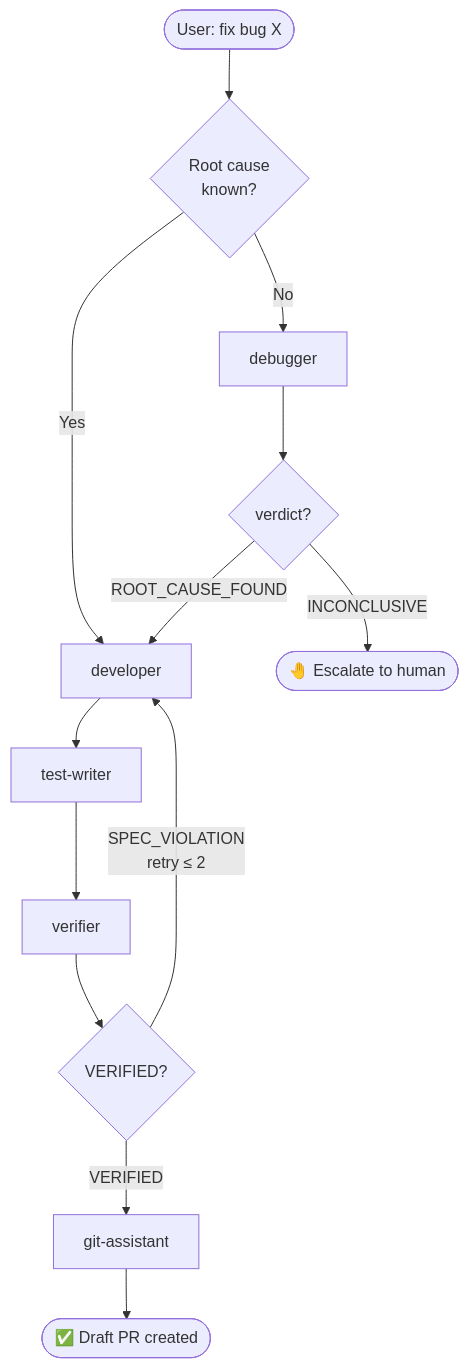
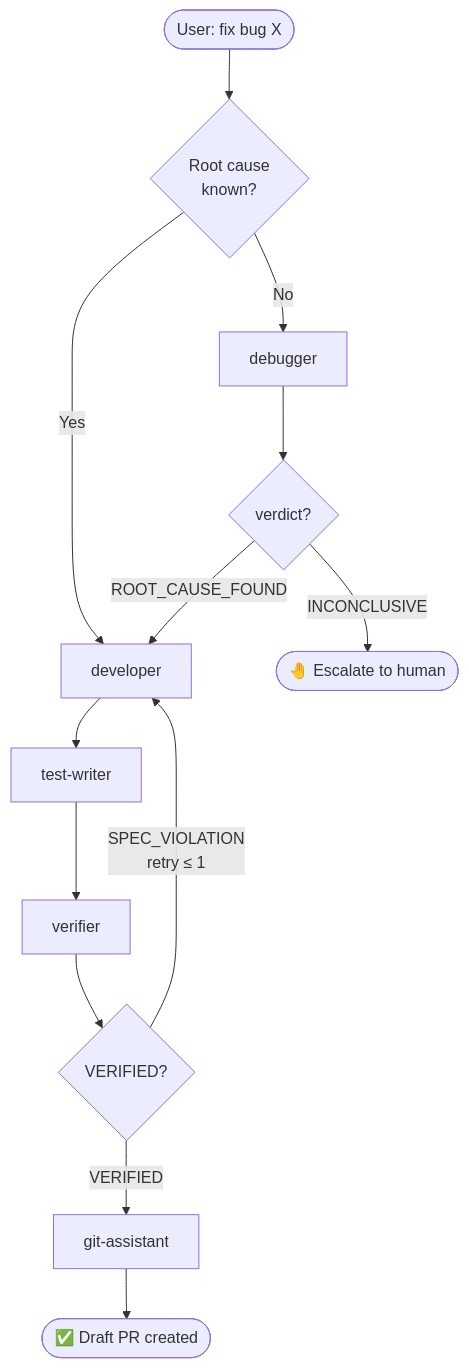
One commit to RyoKusnadi/rig-bench changed the second of 6 diagrams in agents/README.md. Above: the diagram before and after it, drawn with Mermaid. The commit also changed other lines of this file and 32 other files, not shown here.

````diff
--- a/agents/README.md
+++ b/agents/README.md
@@ -127,20 +132,20 @@
 ```mermaid
 flowchart TD
     Start([User: fix bug X]) --> DBG{Root cause\nknown?}
 
     DBG -- No --> Debugger[debugger]
     DBG -- Yes --> DEV[developer]
 
     Debugger --> DBG_gate{verdict?}
     DBG_gate -- INCONCLUSIVE --> Human1([🤚 Escalate to human])
     DBG_gate -- ROOT_CAUSE_FOUND --> DEV
 
     DEV --> TW[test-writer]
     TW --> VF[verifier]
 
     VF --> VF_gate{VERIFIED?}
-    VF_gate -- SPEC_VIOLATION\nretry ≤ 2 --> DEV
+    VF_gate -- SPEC_VIOLATION\nretry ≤ 1 --> DEV
     VF_gate -- VERIFIED --> GA[git-assistant]
 
     GA --> PR([✅ Draft PR created])
 ```
````
